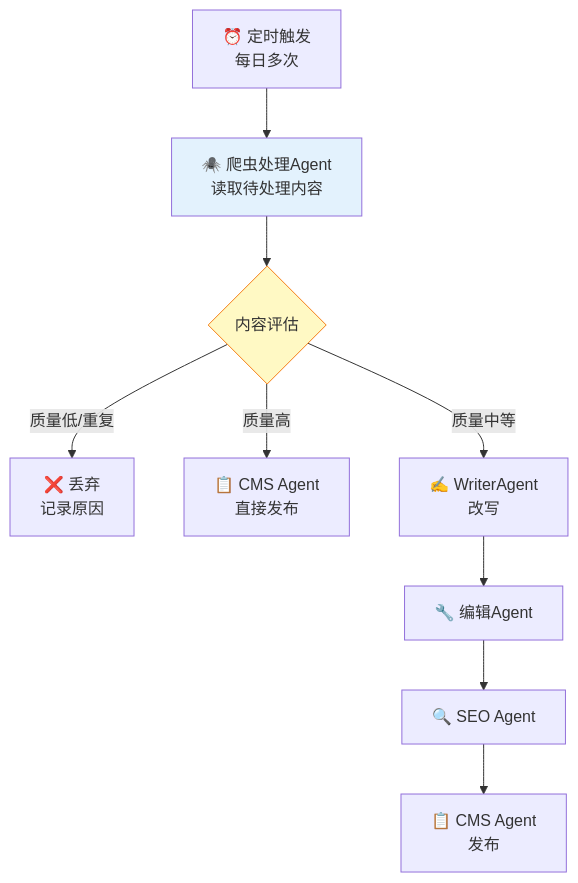
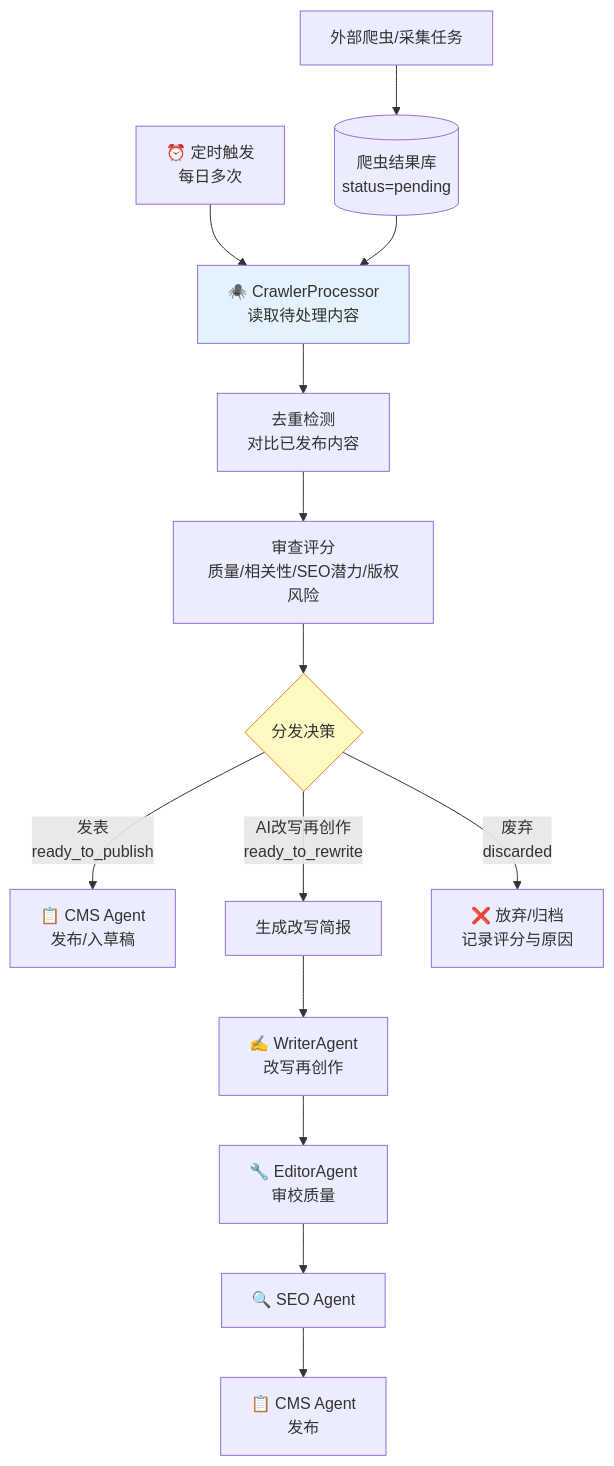
The third of 4 diagrams in 03-工作流编排.md (flyingsnowzz/Multi-Agent-Automatic-Operation-Website), drawn with Mermaid before and after one commit. The commit also changed other lines of this file and 15 other files, not shown here.

````diff
--- a/03-工作流编排.md
+++ b/03-工作流编排.md
@@ -146,14 +160,19 @@
 ```mermaid
 flowchart TB
-    CRAWL_START["⏰ 定时触发<br/>每日多次"] --> CRAWL["🕷️ 爬虫处理Agent<br/>读取待处理内容"]
-    CRAWL --> EVAL{"内容评估"}
-    EVAL -->|"质量低/重复"| DISCARD["❌ 丢弃<br/>记录原因"]
-    EVAL -->|"质量高"| DIRECT["📋 CMS Agent<br/>直接发布"]
-    EVAL -->|"质量中等"| REWRITE["✍️ WriterAgent<br/>改写"]
-    REWRITE --> EDITOR["🔧 编辑Agent"]
+    SPIDER["外部爬虫/采集任务"] --> CRAWLER_DB[("爬虫结果库<br/>status=pending")]
+    CRAWL_START["⏰ 定时触发<br/>每日多次"] --> CRAWL["🕷️ CrawlerProcessor<br/>读取待处理内容"]
+    CRAWLER_DB --> CRAWL
+    CRAWL --> DEDUP["去重检测<br/>对比已发布内容"]
+    DEDUP --> SCORE["审查评分<br/>质量/相关性/SEO潜力/版权风险"]
+    SCORE --> DECISION{"分发决策"}
+    DECISION -->|"发表<br/>ready_to_publish"| DIRECT["📋 CMS Agent<br/>发布/入草稿"]
+    DECISION -->|"AI改写再创作<br/>ready_to_rewrite"| BRIEF["生成改写简报"]
+    BRIEF --> REWRITE["✍️ WriterAgent<br/>改写再创作"]
+    REWRITE --> EDITOR["🔧 EditorAgent<br/>审校质量"]
     EDITOR --> SEO2["🔍 SEO Agent"]
     SEO2 --> CMS2["📋 CMS Agent<br/>发布"]
+    DECISION -->|"废弃<br/>discarded"| DISCARD["❌ 放弃/归档<br/>记录评分与原因"]
 
     style CRAWL fill:#e3f2fd
-    style EVAL fill:#fff9c4,stroke:#f57f17
+    style DECISION fill:#fff9c4,stroke:#f57f17
 ```
````
